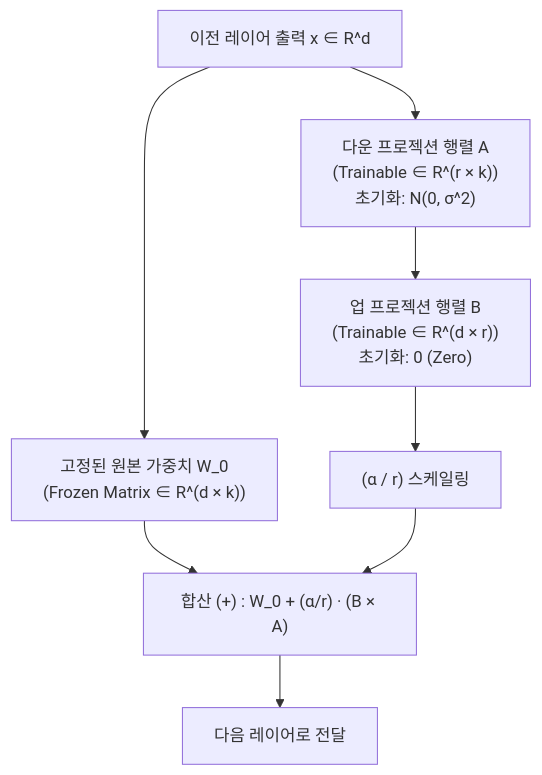
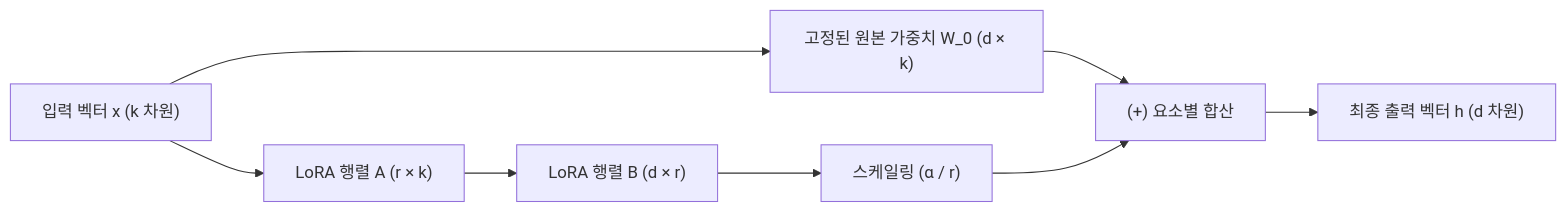
One commit to sing-u8/AI-Engineering changed the diagram in chapter-qa/ch07-fine-tuning-qa/03-peft-lora-and-qlora.md. Above: the diagram before and after it, drawn with Mermaid. The commit also changed other lines of this file and 25 other files, not shown here.

````diff
--- a/chapter-qa/ch07-fine-tuning-qa/03-peft-lora-and-qlora.md
+++ b/chapter-qa/ch07-fine-tuning-qa/03-peft-lora-and-qlora.md
@@ -49,10 +66,9 @@
 ```mermaid
-flowchart TD
-    In["이전 레이어 출력 x ∈ R^d"] --> W0["고정된 원본 가중치 W_0\n(Frozen Matrix ∈ R^(d × k))"]
-    In --> MatrixA["다운 프로젝션 행렬 A\n(Trainable ∈ R^(r × k))\n초기화: N(0, σ^2)"]
-    MatrixA --> MatrixB["업 프로젝션 행렬 B\n(Trainable ∈ R^(d × r))\n초기화: 0 (Zero)"]
-    
-    W0 --> Sum["합산 (+) : W_0 + (α/r) · (B × A)"]
-    MatrixB --> Scale["(α / r) 스케일링"] --> Sum
-    Sum --> Out["다음 레이어로 전달"]
+flowchart LR
+    X["입력 벡터 x (k 차원)"] --> Freeze["고정된 원본 가중치 W_0 (d × k)"]
+    X --> A["LoRA 행렬 A (r × k)"]
+    A --> B["LoRA 행렬 B (d × r)"]
+    B --> Scale["스케일링 (α / r)"]
+    Freeze & Scale --> Sum["(+) 요소별 합산"]
+    Sum --> Output["최종 출력 벡터 h (d 차원)"]
 ```
````
